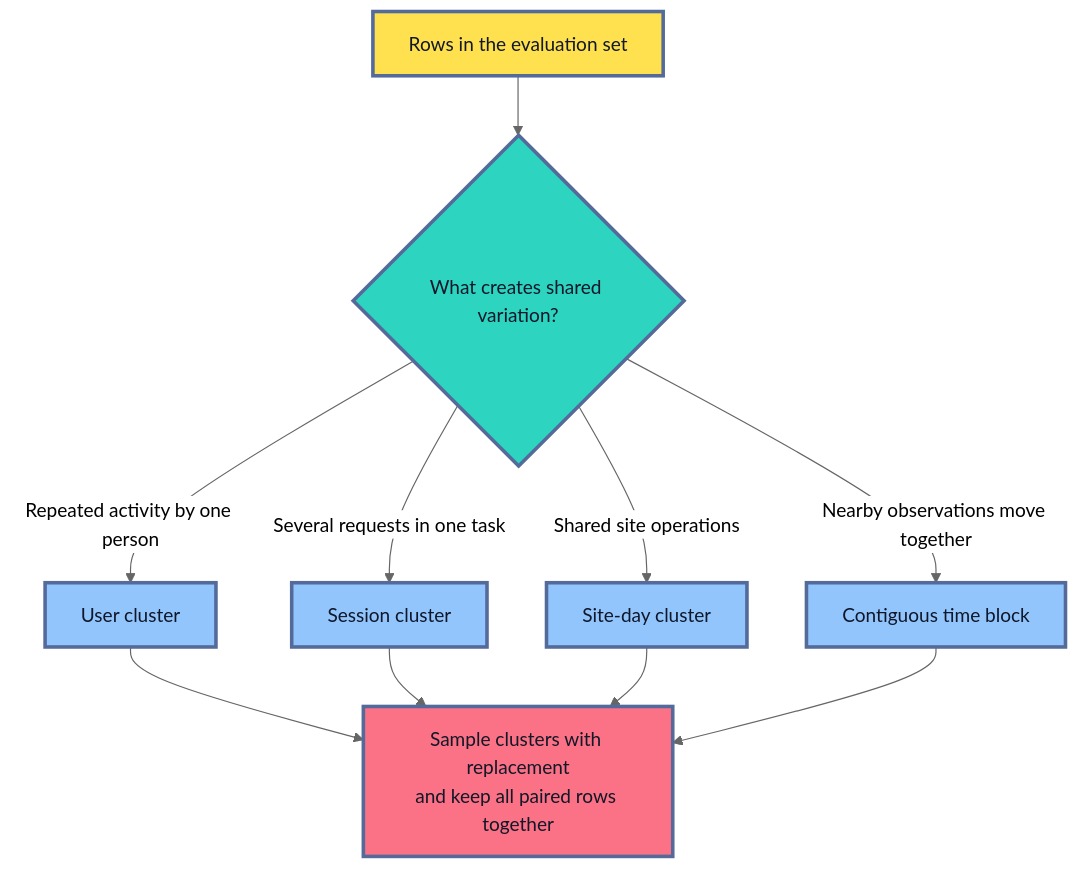
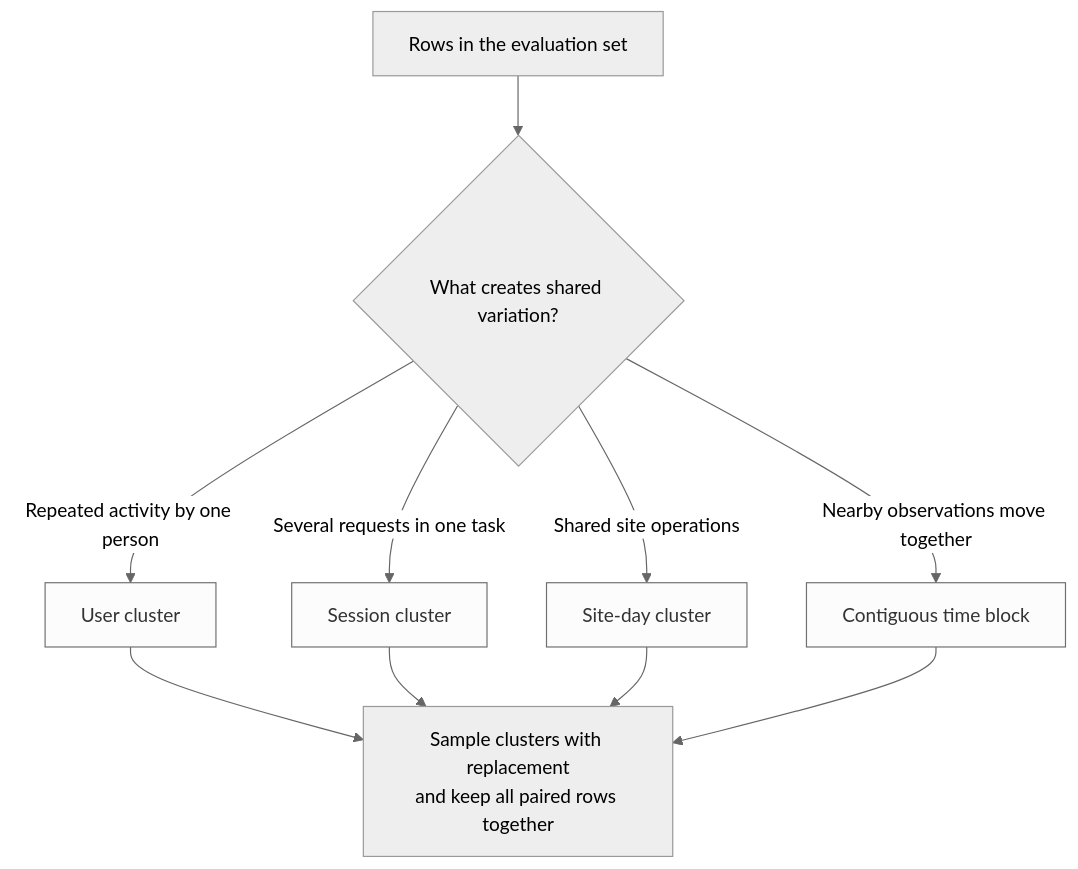
Before and after one commit to senlinyy/dev-roadmaps: the sixth of 10 diagrams in roadmaps/mlops/modules/model-evaluation/offline-evaluation/05-statistical-uncertainty-and-paired-comparisons.md, drawn with Mermaid (neutral theme). The commit also changed other lines of this file and 152 other files, not shown here.

Commit message:
feat: mlops and diagrams updated

````diff
--- a/roadmaps/mlops/modules/model-evaluation/offline-evaluation/05-statistical-uncertainty-and-paired-comparisons.md
+++ b/roadmaps/mlops/modules/model-evaluation/offline-evaluation/05-statistical-uncertainty-and-paired-comparisons.md
@@ -476,21 +455,17 @@
 ```mermaid
 flowchart TD
     A["Rows in the evaluation set"] --> B{"What creates shared variation?"}
     B -->|"Repeated activity by one person"| C["User cluster"]
     B -->|"Several requests in one task"| D["Session cluster"]
     B -->|"Shared site operations"| E["Site-day cluster"]
     B -->|"Nearby observations move together"| F["Contiguous time block"]
     C --> G["Sample clusters with replacement<br/>and keep all paired rows together"]
     D --> G
     E --> G
     F --> G
 
-    classDef rows fill:#FFE04F,stroke:#536A9A,stroke-width:3px,color:#111827
-    classDef question fill:#2DD4BF,stroke:#536A9A,stroke-width:3px,color:#0F172A
-    classDef cluster fill:#93C5FD,stroke:#536A9A,stroke-width:3px,color:#0F172A
-    classDef action fill:#FB7185,stroke:#536A9A,stroke-width:3px,color:#111827
     class A rows
     class B question
     class C,D,E,F cluster
     class G action
 ```
````
